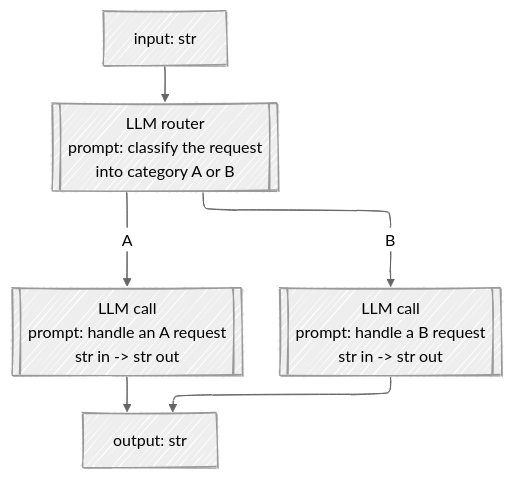
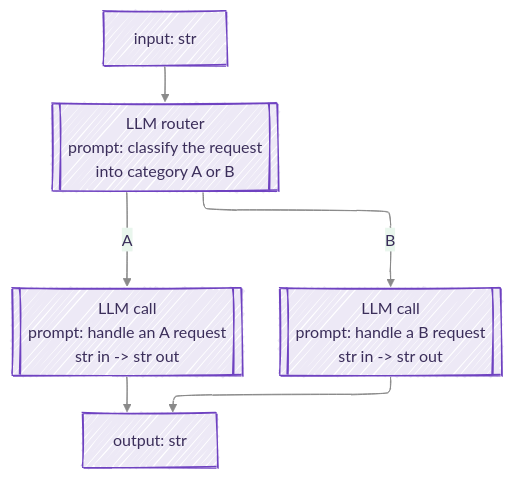
Before and after one commit to maltenlz/maltenlz.github.io: the second of 6 diagrams in blog/posts/agent_usecases/index.qmd, drawn with Mermaid. The commit also changed other lines of this file and 3 other files, not shown here.

First line of the commit message:
Add workflow/agent diagrams and copy-edit blog posts

````diff
--- a/blog/posts/agent_usecases/index.qmd
+++ b/blog/posts/agent_usecases/index.qmd
@@ -57,15 +65,21 @@
 ```{mermaid}
-%%| fig-cap: "LLM workflow: the branch is an LLM router, the function an LLM call — each with its own prompt."
+%%| fig-cap: "LLM workflow: the branch is an LLM router, the function an LLM call."
 ---
 config:
   look: handDrawn
-  theme: neutral
+  theme: base
   layout: elk
+  themeVariables:
+    primaryColor: "#ede9f6"
+    primaryBorderColor: "#6f42c1"
+    primaryTextColor: "#3b2e5a"
+    lineColor: "#8a8a8a"
+    fontFamily: inherit
 ---
 flowchart TD
     IN["input: str"] --> R[["LLM router<br/>prompt: classify the request<br/>into category A or B"]]
     R -->|A| F[["LLM call<br/>prompt: handle an A request<br/>str in -&gt; str out"]]
     R -->|B| G[["LLM call<br/>prompt: handle a B request<br/>str in -&gt; str out"]]
     F --> OUT["output: str"]
     G --> OUT
 ```
````
